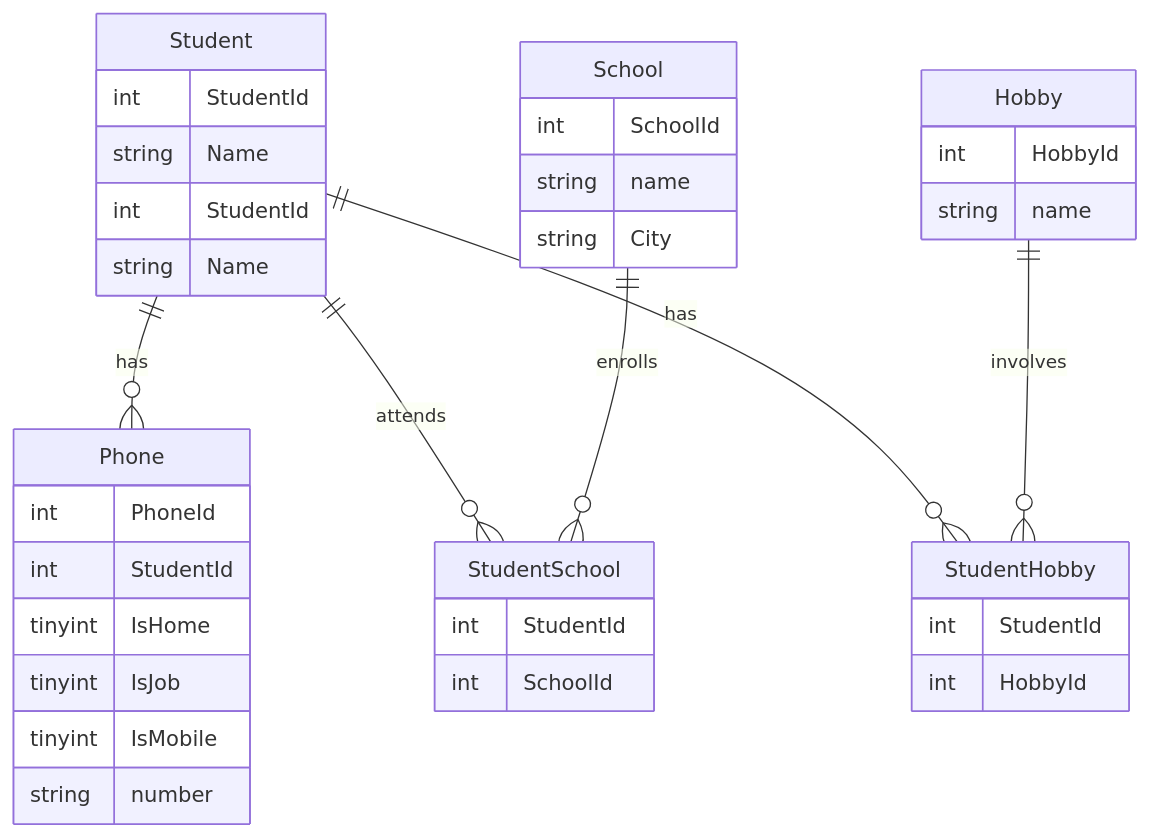
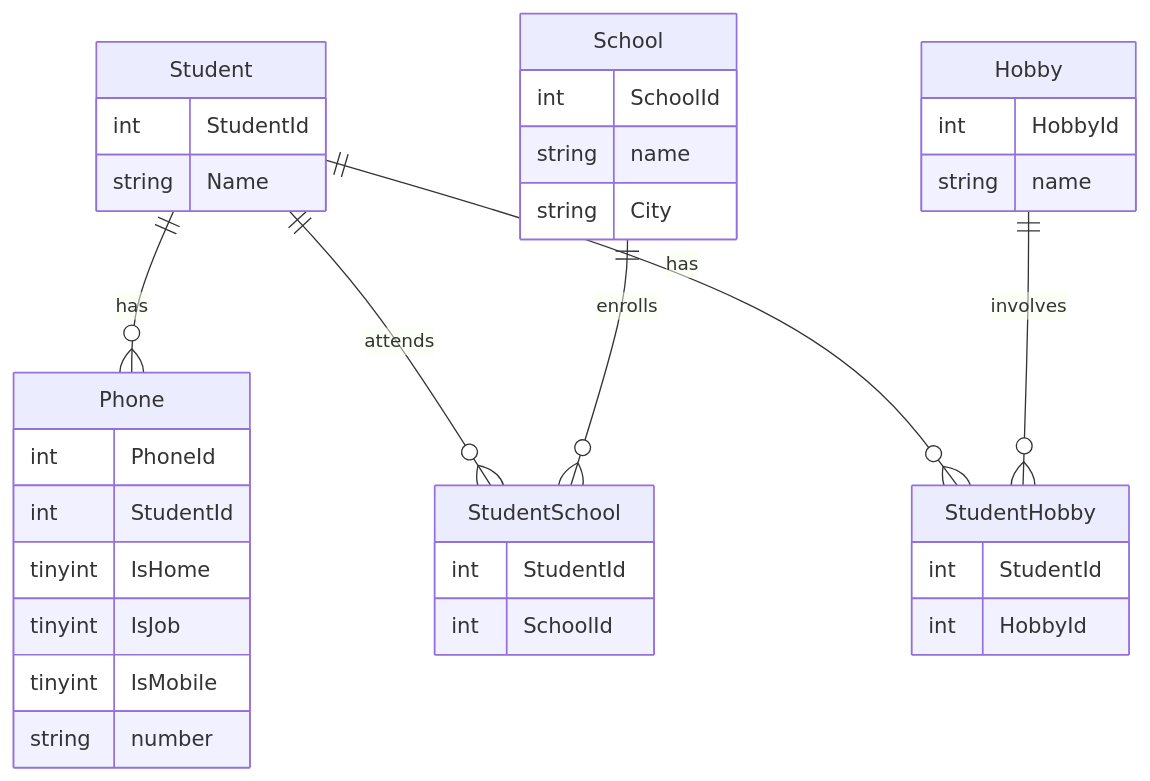
The diagram in README.md (miwashi-edu/edu-intro-mysql), drawn with Mermaid before and after one commit.

````diff
--- a/README.md
+++ b/README.md
@@ -9,50 +9,45 @@
 ```mermaid
 
 erDiagram
     Student ||--o{ Phone : has
     Student ||--o{ StudentSchool : attends
     School ||--o{ StudentSchool : enrolls
     Student ||--o{ StudentHobby : has
     Hobby ||--o{ StudentHobby : involves
     
     
     Student {
         int StudentId
         string Name
     }
     
     Phone {
         int PhoneId
         int StudentId
         tinyint IsHome 
         tinyint IsJob
         tinyint IsMobile
         string number
     }
     
-    Student {
-        int StudentId
-        string Name
-    }
-    
     School {
         int SchoolId
         string name
         string City
     }
     
     StudentSchool {
         int StudentId
         int SchoolId
     }
     
     Hobby {
         int HobbyId
         string name
     }
     StudentHobby {
         int StudentId
         int HobbyId
     }
     
 ```
````
